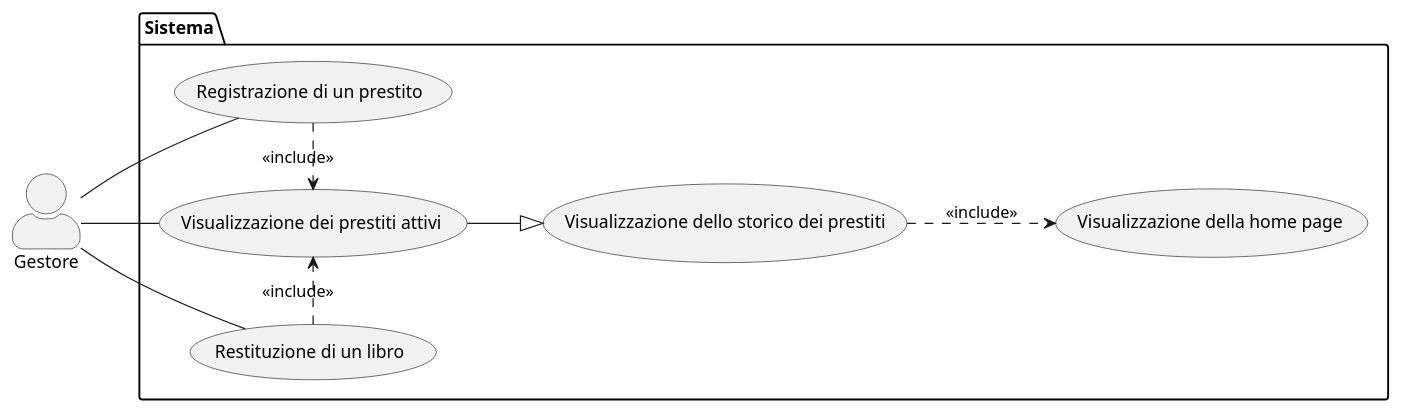
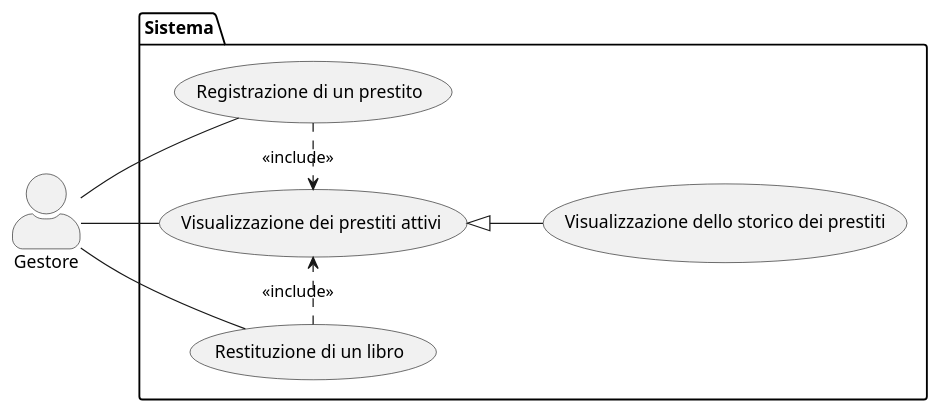
Before and after one commit to Meziu/easylibrary: the diagram in docs/uml/usecasesPrestito.puml, drawn with PlantUML. The commit also changed 3 other files, not shown here.

Commit message:
Modifica diagrammi casi d'uso

```diff
--- a/docs/uml/usecasesPrestito.puml
+++ b/docs/uml/usecasesPrestito.puml
@@ -1,26 +1,24 @@
 @startuml
 skinparam actorStyle awesome
 
 left to right direction
 
 actor Gestore as G
 
 package Sistema {
-    usecase "Visualizzazione della home page" as UC1
     usecase "Visualizzazione dei prestiti attivi" as UC3
     usecase "Visualizzazione dello storico dei prestiti" as UC4
     usecase "Registrazione di un prestito" as UC9
     usecase "Restituzione di un libro" as UC10
 }
 
-UC4 ..> UC1 : <<include>>
 UC9 .> UC3 : <<include>>
 UC10 .> UC3 : <<include>>
 
-UC3 --|> UC4
+UC3 <|-- UC4
 
 G -- UC3
 G -- UC9
 G -- UC10
 
 @enduml
```
